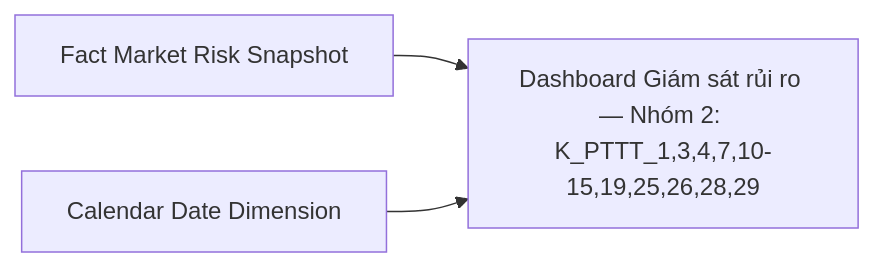
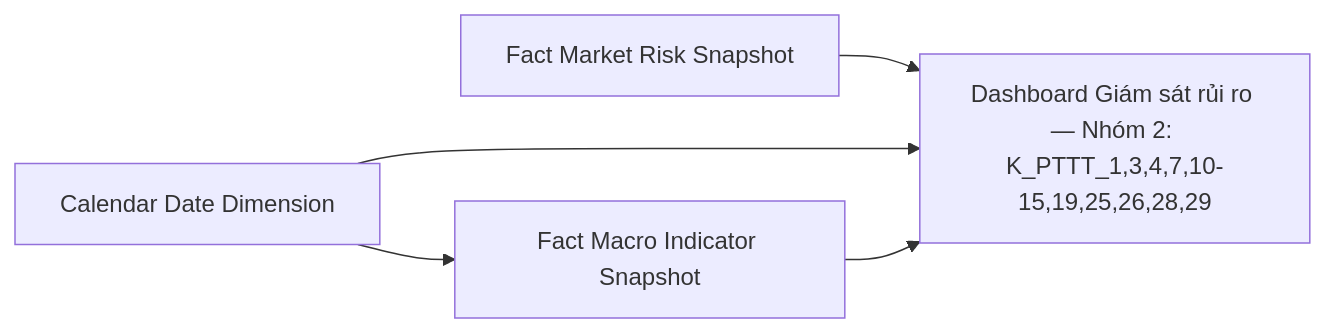
Diagram 14 of 58 in Datamart/hld/DTM_PTTT_HLD.md (linhlvit/ubck_atomic_design), drawn with Mermaid before and after one commit. The commit also changed other lines of this file and 9 other files, not shown here.

Commit message:
feat(PTTT): update phan he : PTTT - unblock 102 KPI, them fct_macro_indicator_snpst va dong O_PTTT_11, O_PTTT_13

````diff
--- a/Datamart/hld/DTM_PTTT_HLD.md
+++ b/Datamart/hld/DTM_PTTT_HLD.md
@@ -639,5 +673,7 @@
 ```mermaid
 flowchart LR
     fct_market_risk_snpst["Fact Market Risk Snapshot"] --> rpt_nh2_dong_gop["Dashboard Giám sát rủi ro — Nhóm 2: K_PTTT_1,3,4,7,10-15,19,25,26,28,29"]
     cdr_dt_dim["Calendar Date Dimension"] --> rpt_nh2_dong_gop
+    fct_macro_indicator_snpst["Fact Macro Indicator Snapshot"] --> rpt_nh2_dong_gop
+    cdr_dt_dim["Calendar Date Dimension"] --> fct_macro_indicator_snpst
 ```
````
